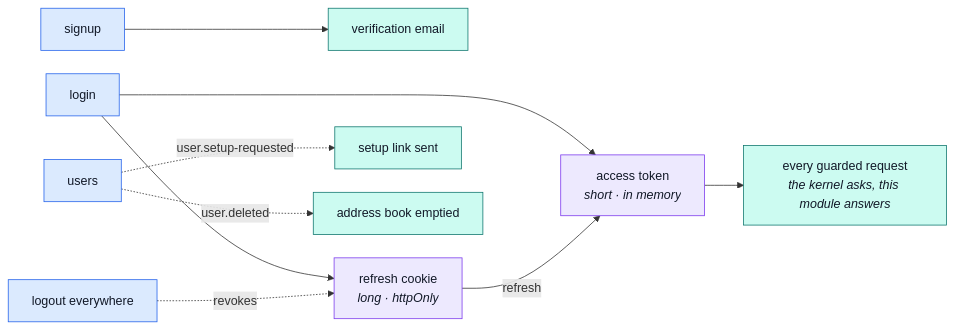
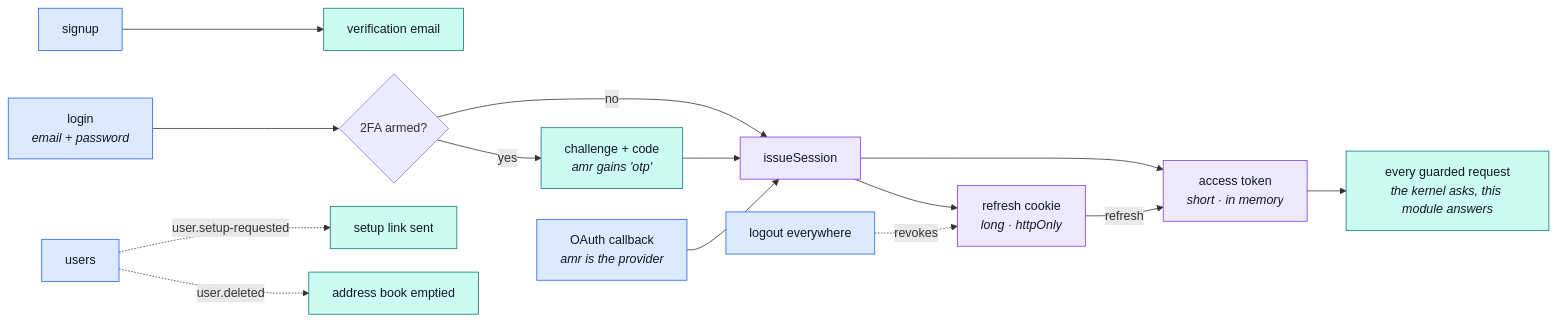
The second of 3 diagrams in docs/modules/account.md (Guebbit/boilerplate-node-backend), drawn with Mermaid before and after one commit. The commit also changed other lines of this file and 7 other files, not shown here.

````diff
--- a/docs/modules/account.md
+++ b/docs/modules/account.md
@@ -82,19 +85,24 @@
 ```mermaid
 %%{init: {'flowchart': {'nodeSpacing': 30, 'rankSpacing': 50}}}%%
 flowchart LR
     S["signup"] --> V["verification email"]
-    L["login"] --> T["access token<br/><i>short · in memory</i>"]
-    L --> RC["refresh cookie<br/><i>long · httpOnly</i>"]
+    L["login<br/><i>email + password</i>"] --> Q{"2FA armed?"}
+    Q -->|no| IS
+    Q -->|yes| CH["challenge + code<br/><i>amr gains 'otp'</i>"]
+    CH --> IS
+    OA["OAuth callback<br/><i>amr is the provider</i>"] --> IS
+    IS["issueSession"] --> T["access token<br/><i>short · in memory</i>"]
+    IS --> RC["refresh cookie<br/><i>long · httpOnly</i>"]
     RC -->|refresh| T
     T --> G["every guarded request<br/><i>the kernel asks, this module answers</i>"]
     LO["logout everywhere"] -.->|revokes| RC
     US["users"] -. "user.setup-requested" .-> SU["setup link sent"]
     US -. "user.deleted" .-> AB["address book emptied"]
 
     classDef entry fill:#dbeafe,stroke:#2563eb,color:#111827;
     classDef token fill:#ede9fe,stroke:#7c3aed,color:#111827;
     classDef done fill:#ccfbf1,stroke:#0f766e,color:#111827;
-    class S,L,LO,US entry;
-    class T,RC token;
-    class V,G,SU,AB done;
+    class S,L,LO,US,OA entry;
+    class T,RC,IS token;
+    class V,G,SU,AB,CH done;
 ```
````
